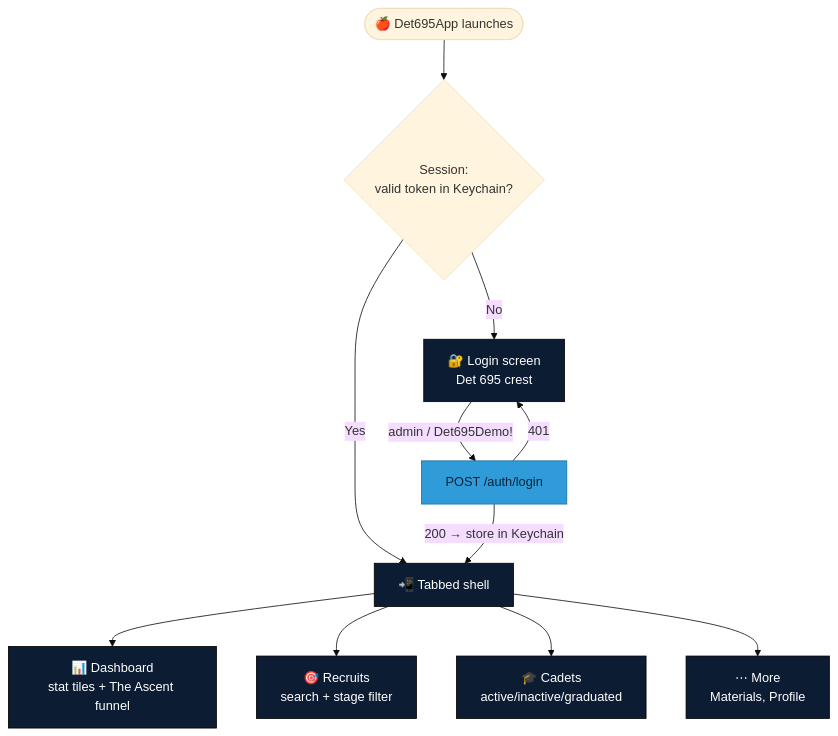
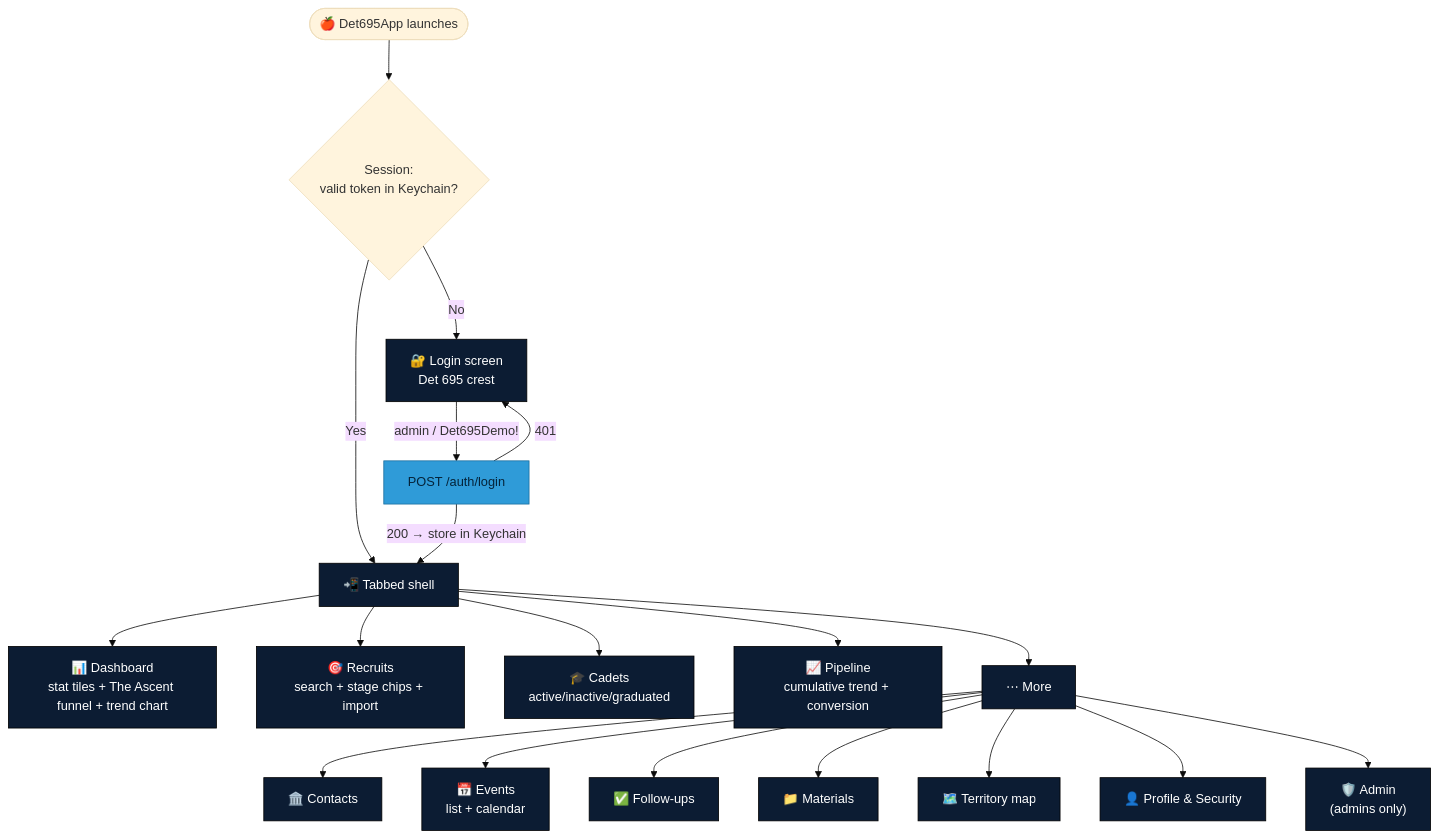
One commit to drewdog88/afrotc-native-ios changed the diagram in wiki/iOS-App.md. Above: the diagram before and after it, drawn with Mermaid (base theme). The commit also changed other lines of this file and 1 other file, not shown here.

````diff
--- a/wiki/iOS-App.md
+++ b/wiki/iOS-App.md
@@ -21,20 +21,29 @@
 ```mermaid
 flowchart TD
     LAUNCH(["🍎 Det695App launches"]) --> SESSION{"Session:<br>valid token in Keychain?"}
     SESSION -->|"No"| LOGIN["🔐 Login screen<br>Det 695 crest"]
     SESSION -->|"Yes"| SHELL
 
     LOGIN -->|"admin / Det695Demo!"| AUTH["POST /auth/login"]
     AUTH -->|"200 → store in Keychain"| SHELL["📲 Tabbed shell"]
     AUTH -->|"401"| LOGIN
 
-    SHELL --> DASH["📊 Dashboard<br>stat tiles + The Ascent funnel"]
-    SHELL --> REC["🎯 Recruits<br>search + stage filter"]
+    SHELL --> DASH["📊 Dashboard<br>stat tiles + The Ascent funnel + trend chart"]
+    SHELL --> REC["🎯 Recruits<br>search + stage chips + import"]
     SHELL --> CAD["🎓 Cadets<br>active/inactive/graduated"]
-    SHELL --> MORE["⋯ More<br>Materials, Profile"]
+    SHELL --> PIPE["📈 Pipeline<br>cumulative trend + conversion"]
+    SHELL --> MORE["⋯ More"]
+
+    MORE --> CON["🏛️ Contacts"]
+    MORE --> EVT["📅 Events<br>list + calendar"]
+    MORE --> FUP["✅ Follow-ups"]
+    MORE --> MAT["📁 Materials"]
+    MORE --> TER["🗺️ Territory map"]
+    MORE --> PROF["👤 Profile & Security"]
+    MORE --> ADM["🛡️ Admin<br>(admins only)"]
 
     classDef ios fill:#0c1c33,stroke:#000000,color:#ffffff
     classDef api fill:#2f9bd8,stroke:#1c6fa0,color:#05243a
-    class LOGIN,SHELL,DASH,REC,CAD,MORE ios
+    class LOGIN,SHELL,DASH,REC,CAD,PIPE,MORE,CON,EVT,FUP,MAT,TER,PROF,ADM ios
     class AUTH api
 ```
````
